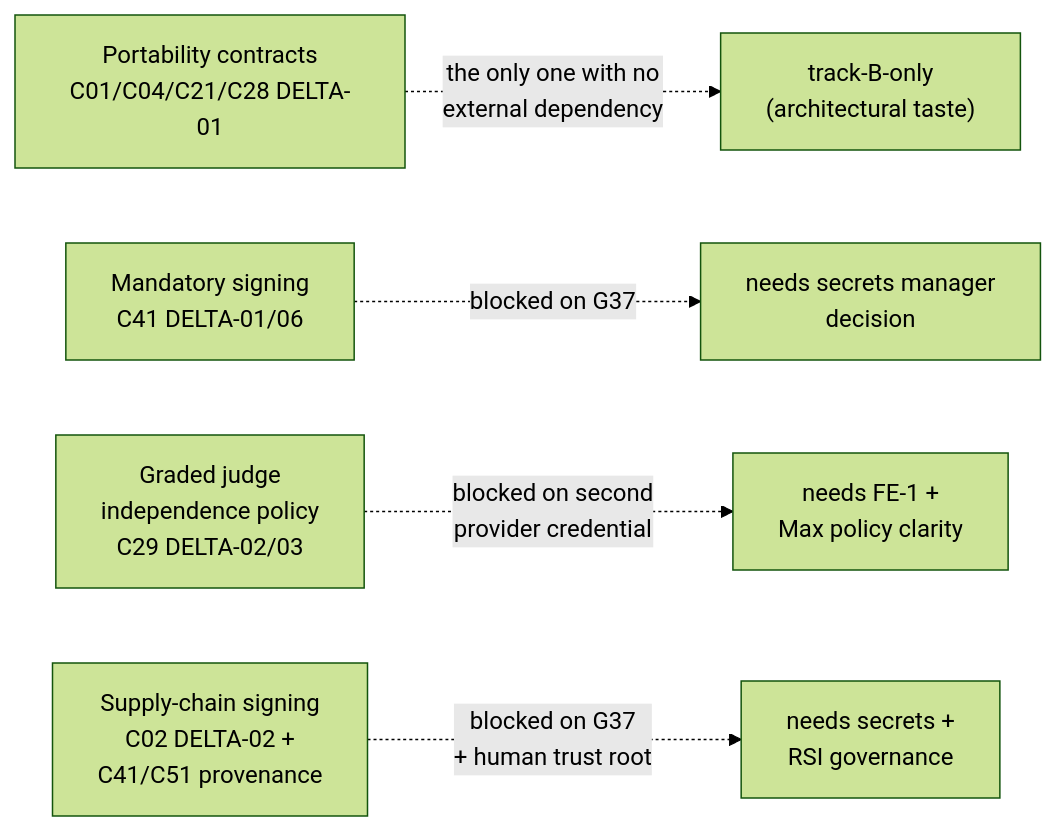
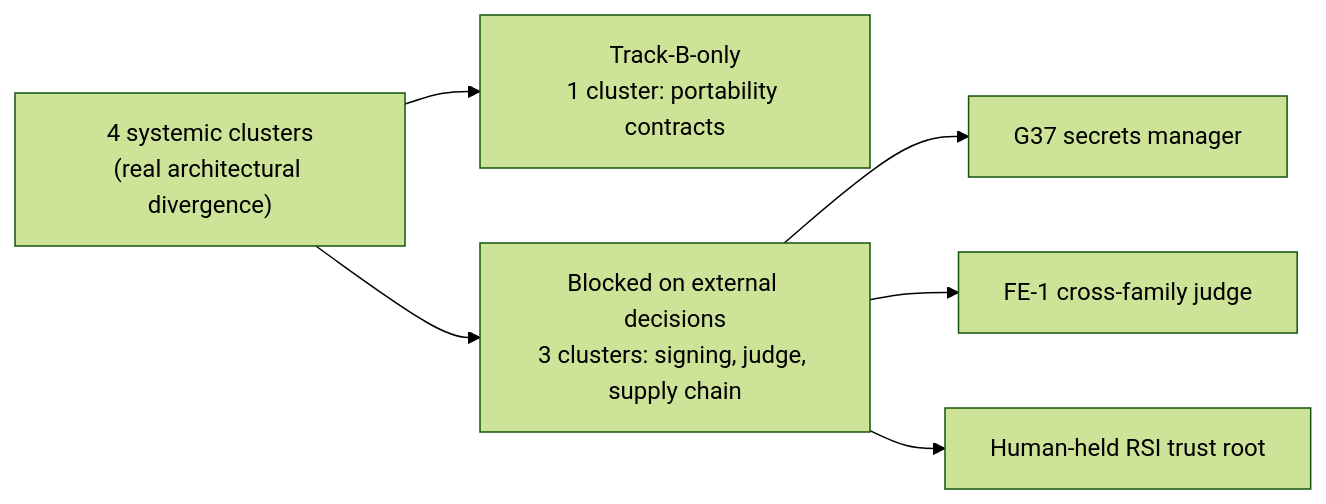
One commit to lago-morph/software-factory changed the third of 3 diagrams in architectures/v4/optimized-differences.md. Above: the diagram before and after it, drawn with Mermaid (forest theme). The commit also changed other lines of this file, not shown here.

Commit message:
v4 optimized-differences: shrink §5 systemic-clusters diagram to ≤7 nodes
User's standing rule: mermaid ≤7 nodes per diagram. The original §5
diagram had 8 (4 clusters + 4 status nodes); replaced with a 6-node
diagram (clusters → branch → 3 external decisions) plus a tabular
breakdown of the 4 clusters underneath. Same information, within rule.

````diff
--- a/architectures/v4/optimized-differences.md
+++ b/architectures/v4/optimized-differences.md
@@ -190,11 +190,14 @@
 ```mermaid
 flowchart LR
-    P["Portability contracts<br/>C01/C04/C21/C28 DELTA-01"]
-    S["Mandatory signing<br/>C41 DELTA-01/06"]
-    J["Graded judge<br/>independence policy<br/>C29 DELTA-02/03"]
-    SC["Supply-chain signing<br/>C02 DELTA-02 +<br/>C41/C51 provenance"]
-    P -.->|the only one with no<br/>external dependency| FREE["track-B-only<br/>(architectural taste)"]
-    S -.->|blocked on G37| BLOCK1["needs secrets manager<br/>decision"]
-    J -.->|blocked on second<br/>provider credential| BLOCK2["needs FE-1 +<br/>Max policy clarity"]
-    SC -.->|blocked on G37<br/>+ human trust root| BLOCK3["needs secrets +<br/>RSI governance"]
+    SYS["4 systemic clusters<br/>(real architectural divergence)"]
+    FREE["Track-B-only<br/>1 cluster: portability contracts"]
+    BLOCKED["Blocked on external decisions<br/>3 clusters: signing, judge, supply chain"]
+    G37["G37 secrets manager"]
+    FE1["FE-1 cross-family judge"]
+    RSI["Human-held RSI trust root"]
+    SYS --> FREE
+    SYS --> BLOCKED
+    BLOCKED --> G37
+    BLOCKED --> FE1
+    BLOCKED --> RSI
 ```
````
